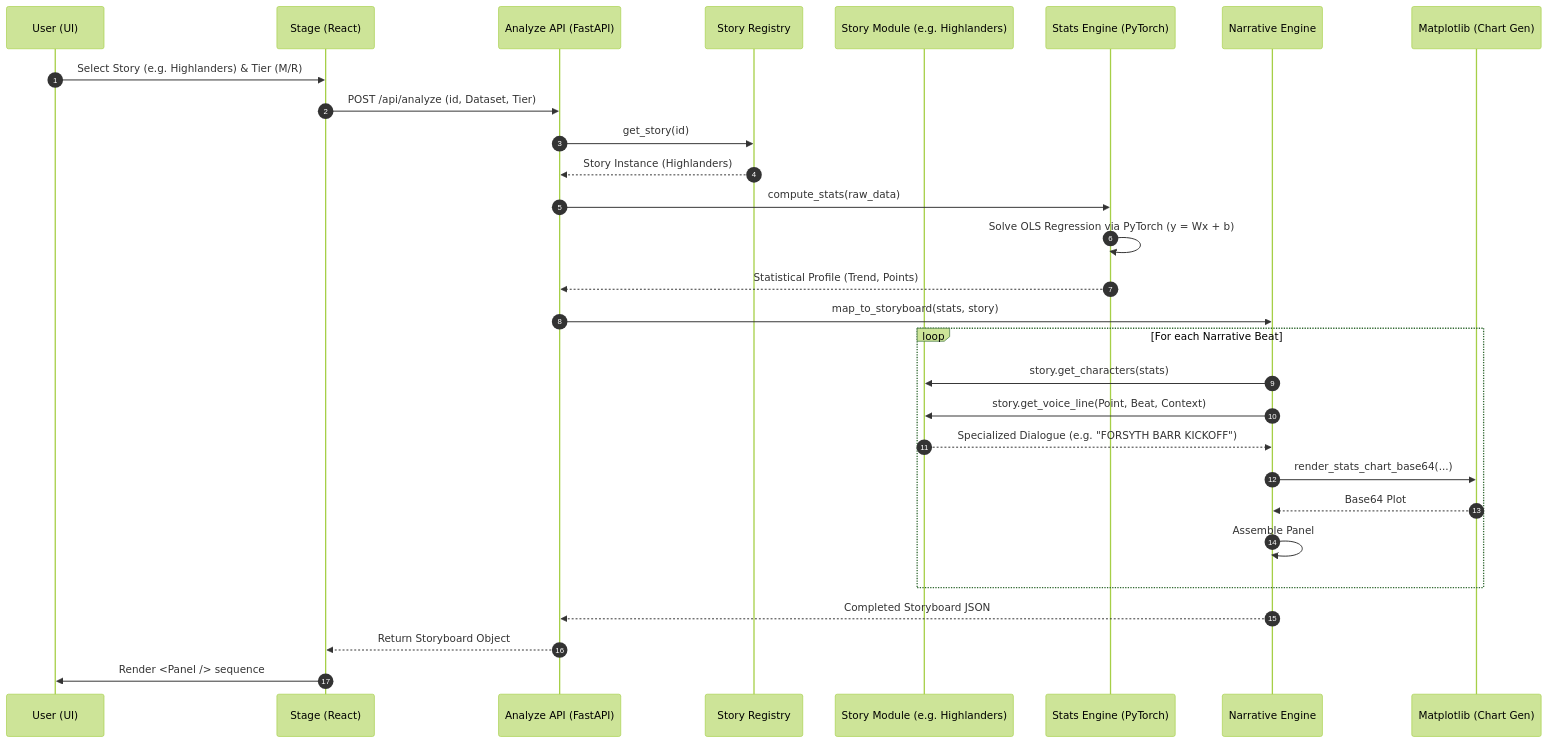
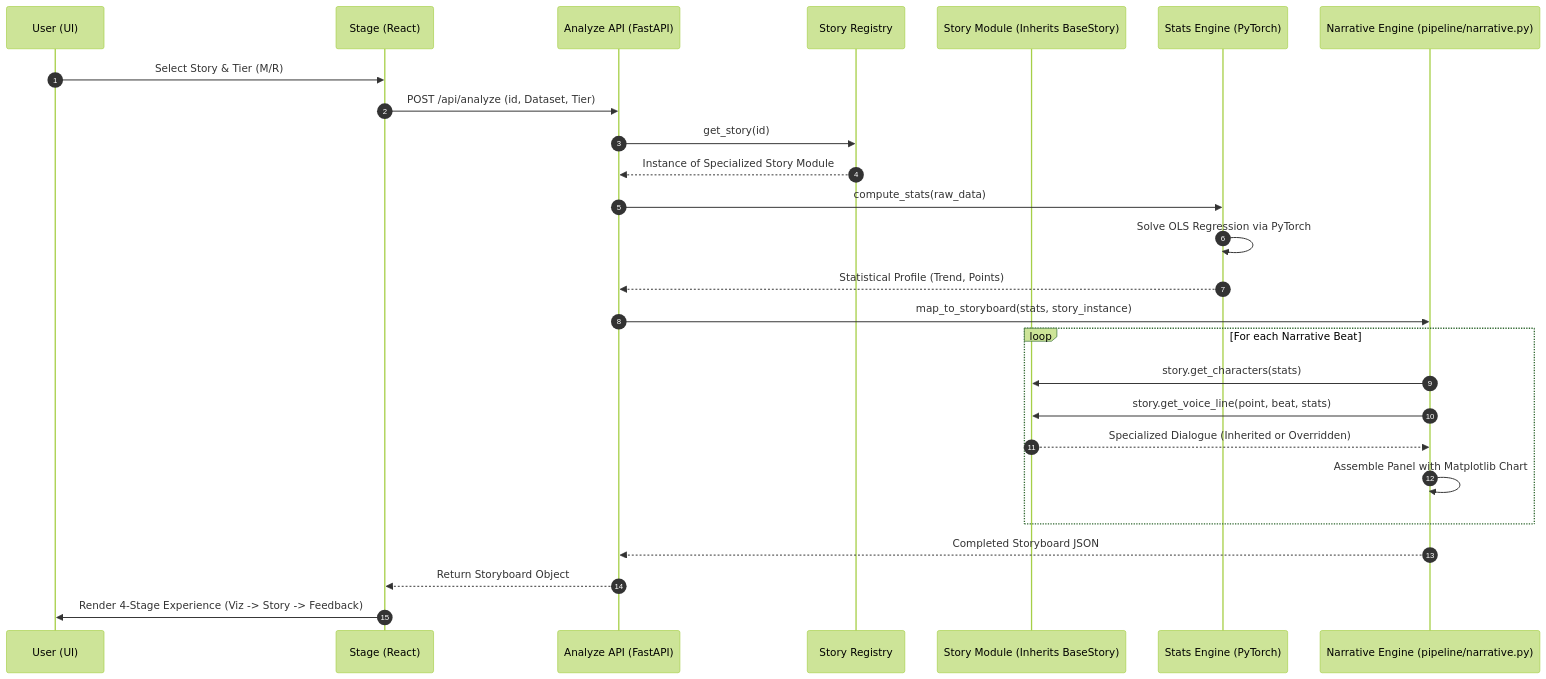
Before and after one commit to rvishravars/datum-ex-machina: the second of 2 diagrams in docs/rendering_pipeline.md, drawn with Mermaid (forest theme). The commit also changed other lines of this file, not shown here.

Commit message:
docs: update rendering pipeline with class-based inheritance and 4-stage flow

````diff
--- a/docs/rendering_pipeline.md
+++ b/docs/rendering_pipeline.md
@@ -7,40 +46,36 @@
 ```mermaid
 sequenceDiagram
     autonumber
     participant U as User (UI)
     participant S as Stage (React)
     participant A as Analyze API (FastAPI)
     participant R as Story Registry
-    participant SM as Story Module (e.g. Highlanders)
+    participant SM as Story Module (Inherits BaseStory)
     participant ST as Stats Engine (PyTorch)
-    participant N as Narrative Engine
-    participant M as Matplotlib (Chart Gen)
+    participant N as Narrative Engine (pipeline/narrative.py)
 
-    U->>S: Select Story (e.g. Highlanders) & Tier (M/R)
+    U->>S: Select Story & Tier (M/R)
     S->>A: POST /api/analyze (id, Dataset, Tier)
     
     A->>R: get_story(id)
-    R-->>A: Story Instance (Highlanders)
-
+    R-->>A: Instance of Specialized Story Module
+    
     A->>ST: compute_stats(raw_data)
-    ST->>ST: Solve OLS Regression via PyTorch (y = Wx + b)
+    ST->>ST: Solve OLS Regression via PyTorch
     ST-->>A: Statistical Profile (Trend, Points)
 
-    A->>N: map_to_storyboard(stats, story)
+    A->>N: map_to_storyboard(stats, story_instance)
     
     loop For each Narrative Beat
         N->>SM: story.get_characters(stats)
-        N->>SM: story.get_voice_line(Point, Beat, Context)
-        SM-->>N: Specialized Dialogue (e.g. "FORSYTH BARR KICKOFF")
+        N->>SM: story.get_voice_line(point, beat, stats)
+        SM-->>N: Specialized Dialogue (Inherited or Overridden)
         
-        N->>M: render_stats_chart_base64(...)
-        M-->>N: Base64 Plot
-        
-        N->>N: Assemble Panel
+        N->>N: Assemble Panel with Matplotlib Chart
     end
     
     N-->>A: Completed Storyboard JSON
     A-->>S: Return Storyboard Object
     
-    S->>U: Render <Panel /> sequence
+    S->>U: Render 4-Stage Experience (Viz -> Story -> Feedback)
 ```
````
